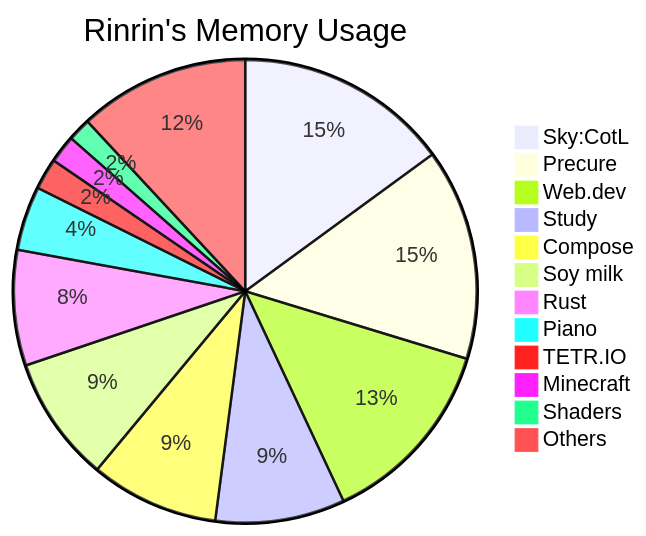
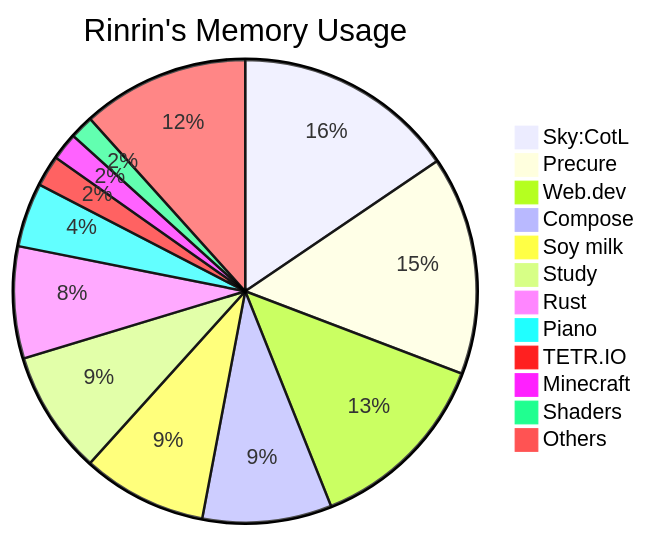
One commit to Rinrin0413/Rinrin0413 changed the diagram in README.md. Above: the diagram before and after it, drawn with Mermaid.

Commit message:
🛠 Update: Rinrin's Memory Usage

````diff
--- a/README.md
+++ b/README.md
@@ -76,15 +76,15 @@
 ```mermaid
 pie title Rinrin's Memory Usage
-    "Sky:CotL": 501
-    "Precure": 494
-    "Web.dev": 446
-    "Study": 303
-    "Compose": 300
-    "Soy milk": 294
+    "Sky:CotL": 536
+    "Precure": 528
+    "Web.dev": 455
+    "Compose": 312
+    "Soy milk": 301
+    "Study": 298
     "Rust": 270
-    "Piano": 150
-    "TETR.IO": 73
-    "Minecraft": 65
-    "Shaders": 54
-    "Others": 399
+    "Piano": 155
+    "TETR.IO": 75
+    "Minecraft": 66
+    "Shaders": 57
+    "Others": 403
 ```
````
